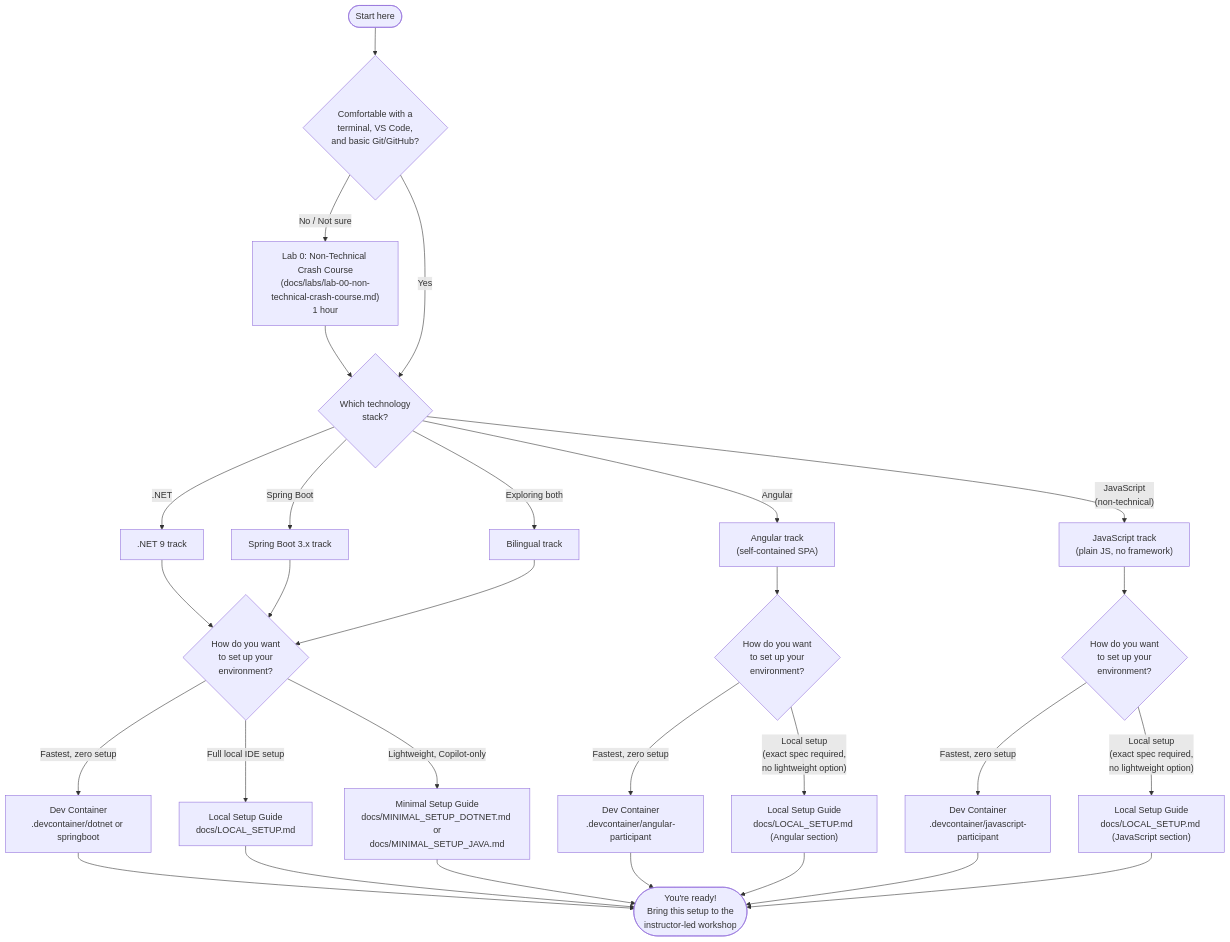
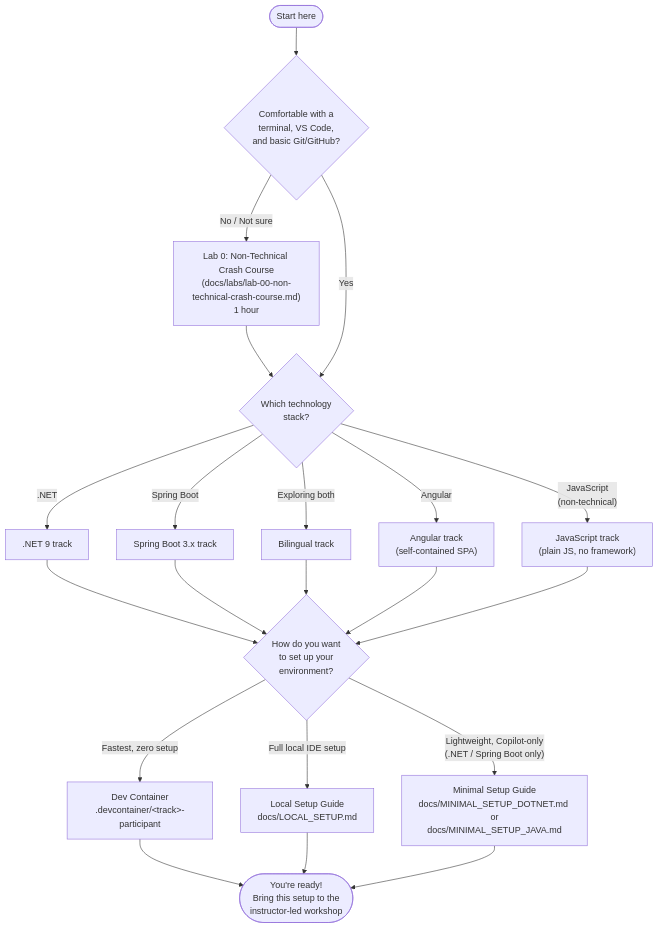
Before and after one commit to centricconsulting/ai-coding-workshop: the diagram in README.md, drawn with Mermaid. The commit also changed other lines of this file and 6 other files, not shown here.

````diff
--- a/README.md
+++ b/README.md
@@ -42,31 +42,23 @@
 ```mermaid
 flowchart TD
     A([Start here]) --> B{Comfortable with a<br>terminal, VS Code,<br>and basic Git/GitHub?}
     B -- "No / Not sure" --> C["Lab 0: Non-Technical Crash Course<br>(docs/labs/lab-00-non-technical-crash-course.md)<br>1 hour"]
     C --> D
     B -- "Yes" --> D{Which technology<br>stack?}
     D -- ".NET" --> E[".NET 9 track"]
     D -- "Spring Boot" --> F["Spring Boot 3.x track"]
     D -- "Exploring both" --> G["Bilingual track"]
     D -- "Angular" --> M["Angular track<br>(self-contained SPA)"]
     D -- "JavaScript<br>(non-technical)" --> Q["JavaScript track<br>(plain JS, no framework)"]
     E --> H{How do you want<br>to set up your<br>environment?}
     F --> H
     G --> H
-    H -- "Fastest, zero setup" --> I["Dev Container<br>.devcontainer/dotnet or springboot"]
+    H -- "Fastest, zero setup" --> I["Dev Container<br>.devcontainer/&lt;track&gt;-participant"]
     H -- "Full local IDE setup" --> J["Local Setup Guide<br>docs/LOCAL_SETUP.md"]
-    H -- "Lightweight, Copilot-only" --> K["Minimal Setup Guide<br>docs/MINIMAL_SETUP_DOTNET.md or<br>docs/MINIMAL_SETUP_JAVA.md"]
-    M --> N{How do you want<br>to set up your<br>environment?}
-    N -- "Fastest, zero setup" --> O["Dev Container<br>.devcontainer/angular-participant"]
-    N -- "Local setup<br>(exact spec required,<br>no lightweight option)" --> P["Local Setup Guide<br>docs/LOCAL_SETUP.md (Angular section)"]
-    Q --> R{How do you want<br>to set up your<br>environment?}
-    R -- "Fastest, zero setup" --> S["Dev Container<br>.devcontainer/javascript-participant"]
-    R -- "Local setup<br>(exact spec required,<br>no lightweight option)" --> T["Local Setup Guide<br>docs/LOCAL_SETUP.md (JavaScript section)"]
+    H -- "Lightweight, Copilot-only<br>(.NET / Spring Boot only)" --> K["Minimal Setup Guide<br>docs/MINIMAL_SETUP_DOTNET.md or<br>docs/MINIMAL_SETUP_JAVA.md"]
+    M --> H
+    Q --> H
     I --> L(["You're ready!<br>Bring this setup to the<br>instructor-led workshop"])
     J --> L
     K --> L
-    O --> L
-    P --> L
-    S --> L
-    T --> L
 ```
````
